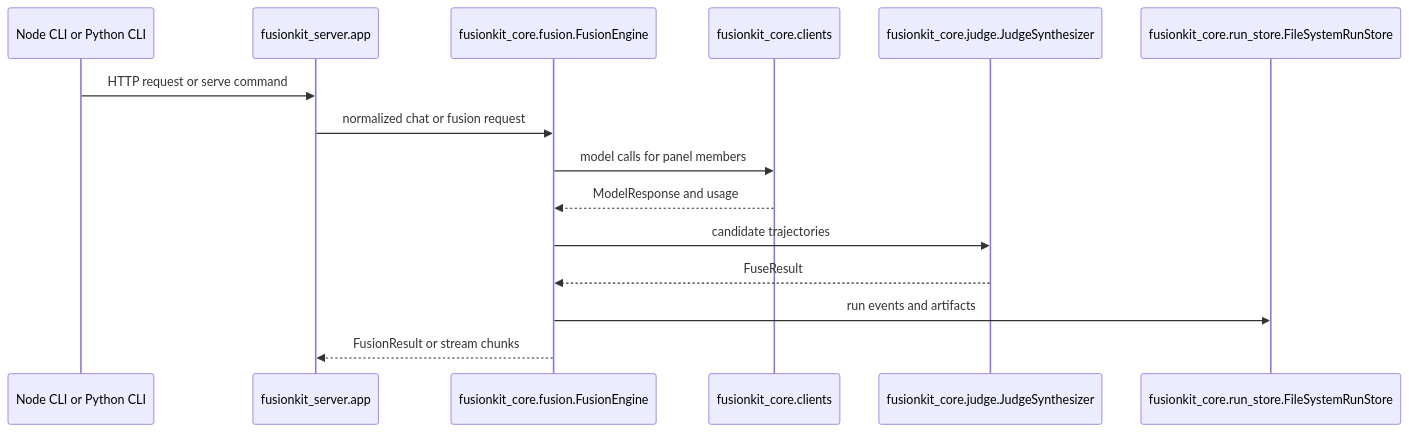
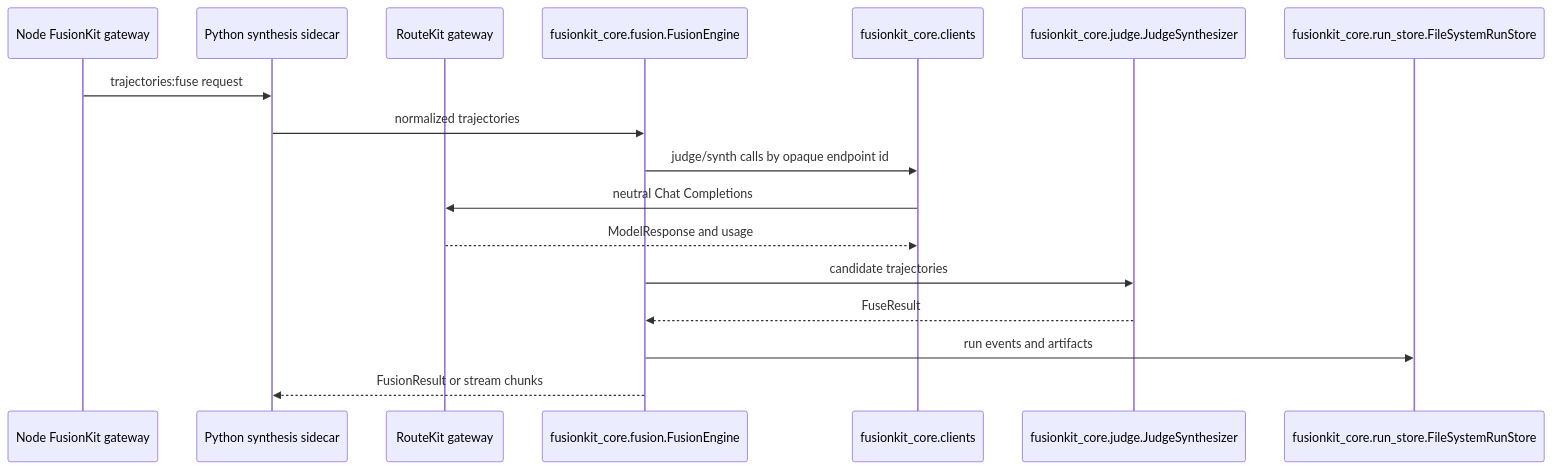
Before and after one commit to velum-labs/handoffkit: the diagram in docs/python-reference.md, drawn with Mermaid. The commit also changed other lines of this file and 147 other files, not shown here.

Commit message:
refactor: reduce Python to FusionKit sidecar

````diff
--- a/docs/python-reference.md
+++ b/docs/python-reference.md
@@ -44,18 +48,20 @@
 ```mermaid
 sequenceDiagram
-  participant CLI as Node CLI or Python CLI
-  participant Server as fusionkit_server.app
+  participant CLI as Node FusionKit gateway
+  participant Server as Python synthesis sidecar
+  participant RouteKit as RouteKit gateway
   participant Engine as fusionkit_core.fusion.FusionEngine
   participant Clients as fusionkit_core.clients
   participant Judge as fusionkit_core.judge.JudgeSynthesizer
   participant Store as fusionkit_core.run_store.FileSystemRunStore
 
-  CLI->>Server: HTTP request or serve command
-  Server->>Engine: normalized chat or fusion request
-  Engine->>Clients: model calls for panel members
-  Clients-->>Engine: ModelResponse and usage
+  CLI->>Server: trajectories:fuse request
+  Server->>Engine: normalized trajectories
+  Engine->>Clients: judge/synth calls by opaque endpoint id
+  Clients->>RouteKit: neutral Chat Completions
+  RouteKit-->>Clients: ModelResponse and usage
   Engine->>Judge: candidate trajectories
   Judge-->>Engine: FuseResult
   Engine->>Store: run events and artifacts
   Engine-->>Server: FusionResult or stream chunks
 ```
````
